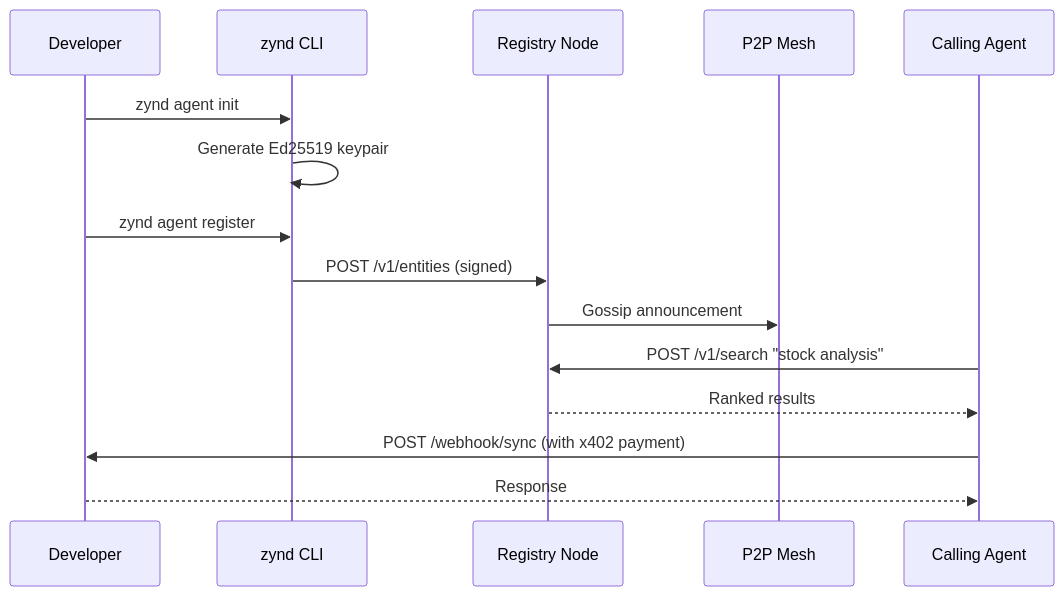
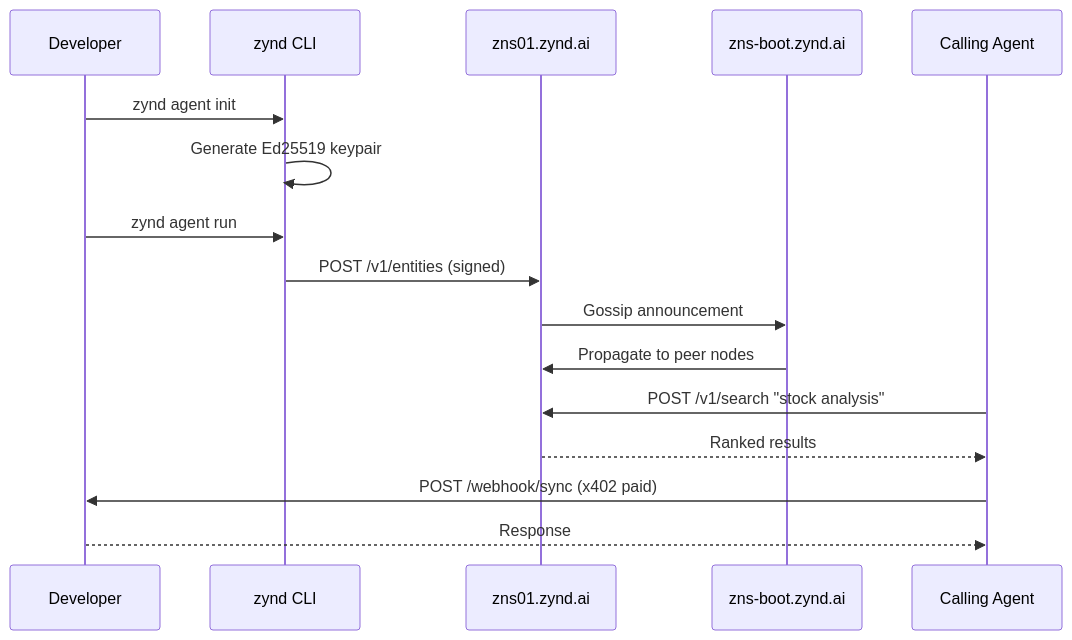
Before and after one commit to zyndai/docs: the diagram in guide/index.md, drawn with Mermaid. The commit also changed other lines of this file and 38 other files, not shown here.

First line of the commit message:
Add deployer + persona docs, refresh architecture for zns01/zns-boot

````diff
--- a/guide/index.md
+++ b/guide/index.md
@@ -29,18 +46,19 @@
 ```mermaid
 sequenceDiagram
     participant Dev as Developer
     participant CLI as zynd CLI
-    participant Reg as Registry Node
-    participant Mesh as P2P Mesh
+    participant Reg as zns01.zynd.ai
+    participant Boot as zns-boot.zynd.ai
     participant Client as Calling Agent
 
     Dev->>CLI: zynd agent init
     CLI->>CLI: Generate Ed25519 keypair
-    Dev->>CLI: zynd agent register
+    Dev->>CLI: zynd agent run
     CLI->>Reg: POST /v1/entities (signed)
-    Reg->>Mesh: Gossip announcement
+    Reg->>Boot: Gossip announcement
+    Boot->>Reg: Propagate to peer nodes
     Client->>Reg: POST /v1/search "stock analysis"
     Reg-->>Client: Ranked results
-    Client->>Dev: POST /webhook/sync (with x402 payment)
+    Client->>Dev: POST /webhook/sync (x402 paid)
     Dev-->>Client: Response
 ```
````
